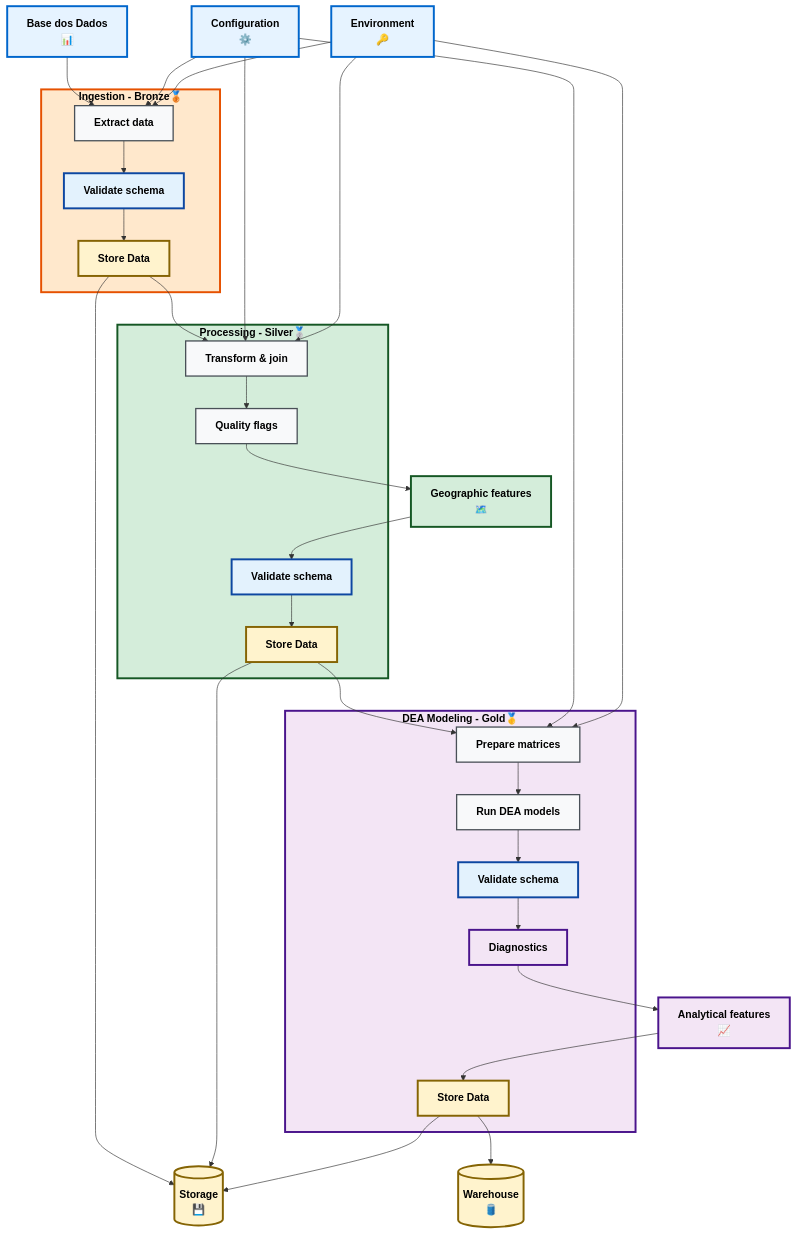
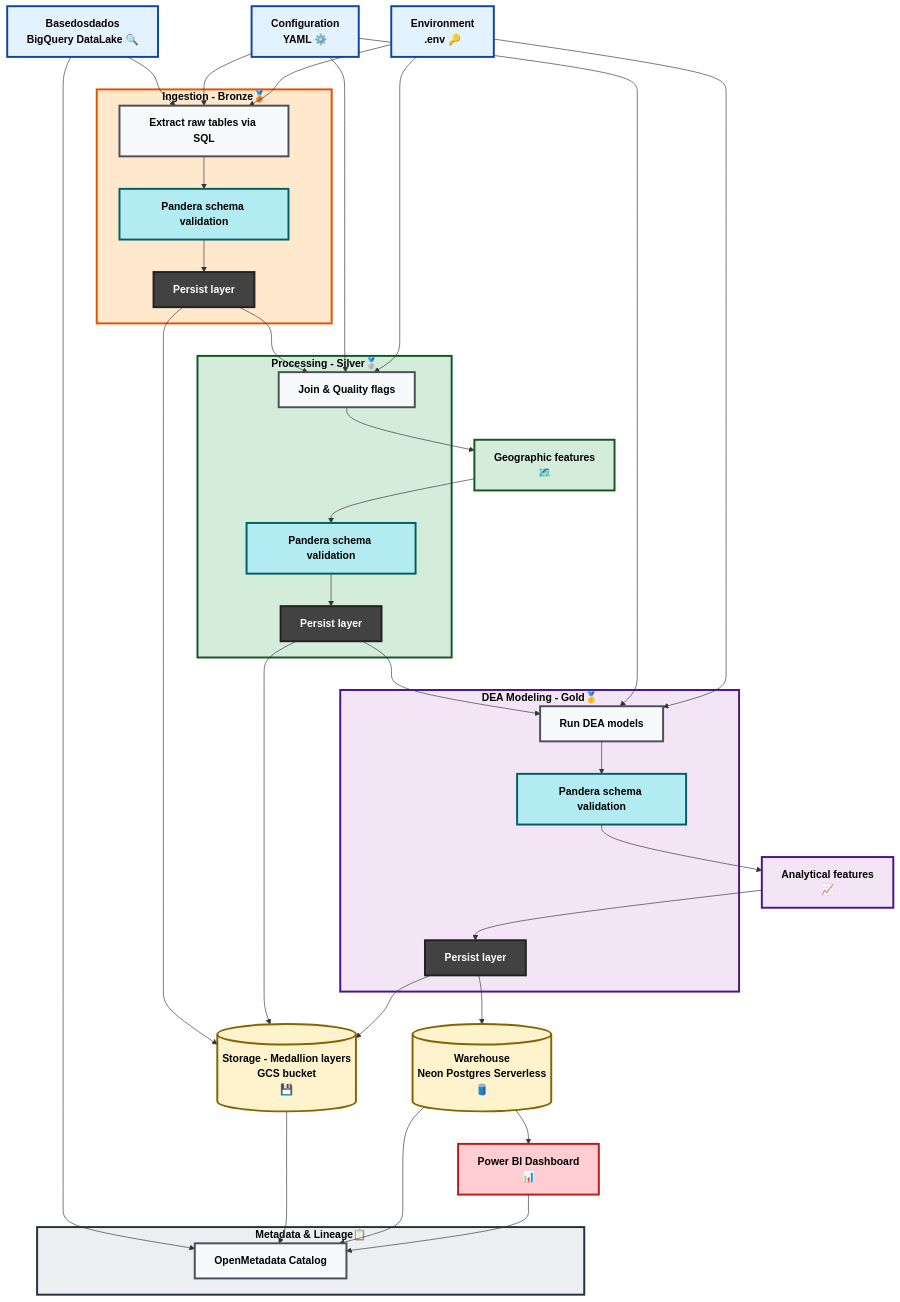
One commit to puffdapaz/DEApython changed the diagram in project_diagram.md. Above: the diagram before and after it, drawn with Mermaid. The commit also changed other lines of this file and 5 other files, not shown here.

````diff
--- a/project_diagram.md
+++ b/project_diagram.md
@@ -6,63 +6,69 @@
 ```mermaid
 flowchart TB
   %% ======================
-  %% ACCESSIBLE COLOR SCHEME
-  %% Colorblind-friendly palette with high contrast
+  %% high contrast palette 
   %% ======================
-classDef external fill:#E6F3FF,stroke:#0066CC,stroke-width:3px,color:#000000,font-weight:bold,text-align:center;
+classDef external fill:#E3F2FD,stroke:#0D47A1,stroke-width:3px,color:#000000,font-weight:bold,text-align:center;
 classDef bronze fill:#FFE8CC,stroke:#E65100,stroke-width:3px,color:#000000,font-weight:bold,text-align:center;
 classDef silver fill:#D4EDDA,stroke:#155724,stroke-width:3px,color:#000000,font-weight:bold,text-align:center;
 classDef gold fill:#F3E5F5,stroke:#4A148C,stroke-width:3px,color:#000000,font-weight:bold,text-align:center;
-classDef validation fill:#E3F2FD,stroke:#0D47A1,stroke-width:3px,color:#000000,font-weight:bold,text-align:center;
+classDef validation fill:#B2EBF2,stroke:#006064,stroke-width:3px,color:#000000,font-weight:bold,text-align:center;
 classDef storage fill:#FFF3CD,stroke:#856404,stroke-width:3px,color:#000000,font-weight:bold,text-align:center;
-classDef process fill:#F8F9FA,stroke:#495057,stroke-width:2px,color:#000000,font-weight:bold,text-align:center;
-
+classDef process fill:#F8F9FA,stroke:#495057,stroke-width:3px,color:#000000,font-weight:bold,text-align:center;
+classDef metadata fill:#ECEFF1,stroke:#263238,stroke-width:3px,color:#000000,font-weight:bold,text-align:center;
+classDef dashboard fill:#FFCDD2,stroke:#B71C1C,stroke-width:3px,color:#000000,font-weight:bold,text-align:center;
+classDef persist fill:#424242,stroke:#212121,stroke-width:3px,color:#FFFFFF,font-weight:bold,text-align:center;
 
   %% ======================
   %% External Inputs
   %% ======================
-  BD[Base dos Dados<br/>📊]
-  CFG[Configuration<br/>⚙️]
-  ENV[Environment<br/>🔑]
+  BD[Basedosdados<br/>BigQuery DataLake 🔍]
+  CFG[Configuration<br/>YAML ⚙️]
+  ENV[Environment<br/>.env 🔑]
   
 
   %% ======================
   %% Bronze Layer (extract -> validate -> save)
   %% ======================
   subgraph BRONZE["Ingestion - Bronze🥉"]
-    B_EXTRACT[Extract data]
-    B_VALIDATE[Validate schema]
-    B_SAVE[Store Data]
+    B_EXTRACT[Extract raw tables via SQL]
+    B_VALIDATE[Pandera schema validation]
+    B_SAVE[Persist layer]
   end
 
   %% ======================
   %% Silver Layer (transform -> validate -> save)
   %% ======================
   subgraph SILVER["Processing - Silver🥈"]
-    S_TRANSFORM[Transform & join]
-    S_FLAGS[Quality flags]
-    S_VALIDATE[Validate schema]
-    S_SAVE[Store Data]
+    S_TRANSFORM[Join & Quality flags]
+    S_VALIDATE[Pandera schema validation]
+    S_SAVE[Persist layer]
   end
 
   %% ======================
   %% Gold Layer (model -> validate -> save)
   %% ======================
   subgraph GOLD["DEA Modeling - Gold🥇"]
-    G_PREP[Prepare matrices]
     G_DEA[Run DEA models]
-    G_VALIDATE[Validate schema]
-    G_DIAG[Diagnostics]
-    G_SAVE[Store Data]
+    G_VALIDATE[Pandera schema validation]
+    G_SAVE[Persist layer]
+  end
+
+  %% ======================
+  %% Metadata Layer
+  %% ======================
+  subgraph METADATA["Metadata & Lineage📋"]
+    OM[OpenMetadata Catalog]
   end
 
   %% ======================
   %% Analytics & Storage
   %% ======================
   ANALYTICS[Analytical features<br/>📈]
-  STORAGE[(Storage<br/>💾)]
-  WAREHOUSE[(Warehouse<br/>🛢️)]
+  STORAGE[(Storage - Medallion layers<br/>GCS bucket<br/>💾)]
+  WAREHOUSE[(Warehouse<br/>Neon Postgres Serverless<br/>🛢️)]
   MAPS[Geographic features<br/>🗺️]
+  PBI[Power BI Dashboard<br/>📊]
 
   %% ======================
   %% Connections (data flow)
@@ -75,28 +81,38 @@
 
   CFG --> S_TRANSFORM
   ENV --> S_TRANSFORM
-  S_TRANSFORM --> S_FLAGS --> MAPS --> S_VALIDATE --> S_SAVE --> G_PREP
+  S_TRANSFORM --> MAPS 
+  MAPS --> S_VALIDATE 
+  S_VALIDATE --> S_SAVE --> G_DEA
 
-  CFG --> G_PREP
-  ENV --> G_PREP
-  G_PREP --> G_DEA --> G_VALIDATE --> G_DIAG --> ANALYTICS --> G_SAVE
+  CFG --> G_DEA
+  ENV --> G_DEA
+  G_DEA --> G_VALIDATE --> ANALYTICS 
+  ANALYTICS --> G_SAVE
 
   B_SAVE --> STORAGE
   S_SAVE --> STORAGE
   G_SAVE --> STORAGE
   G_SAVE --> WAREHOUSE
+  WAREHOUSE --> PBI
 
+  BD --> OM
+  STORAGE --> OM
+  WAREHOUSE --> OM
+  PBI --> OM
+  
   %% ======================
   %% Class assignments
   %% ======================
-  class BD,ENV,CFG, external;
-  class B_EXTRACT,B_SAVE,S_TRANSFORM,S_FLAGS,G_PREP,G_DEA process;
+  class BD,ENV,CFG external;
+  class B_EXTRACT,S_TRANSFORM,G_DEA,OM process;
   class B_VALIDATE,S_VALIDATE,G_VALIDATE validation;
-  class B_SAVE,S_SAVE,G_SAVE storage;
   class STORAGE,WAREHOUSE storage;
-  class MAPS silver;
-  class ANALYTICS,G_DIAG gold;
+  class ANALYTICS gold;
   class BRONZE bronze;
-  class SILVER silver;
+  class SILVER,MAPS silver;
   class GOLD gold;
+  class PBI dashboard;
+  class METADATA metadata;
+  class B_SAVE,S_SAVE,G_SAVE persist;
 ```
````
